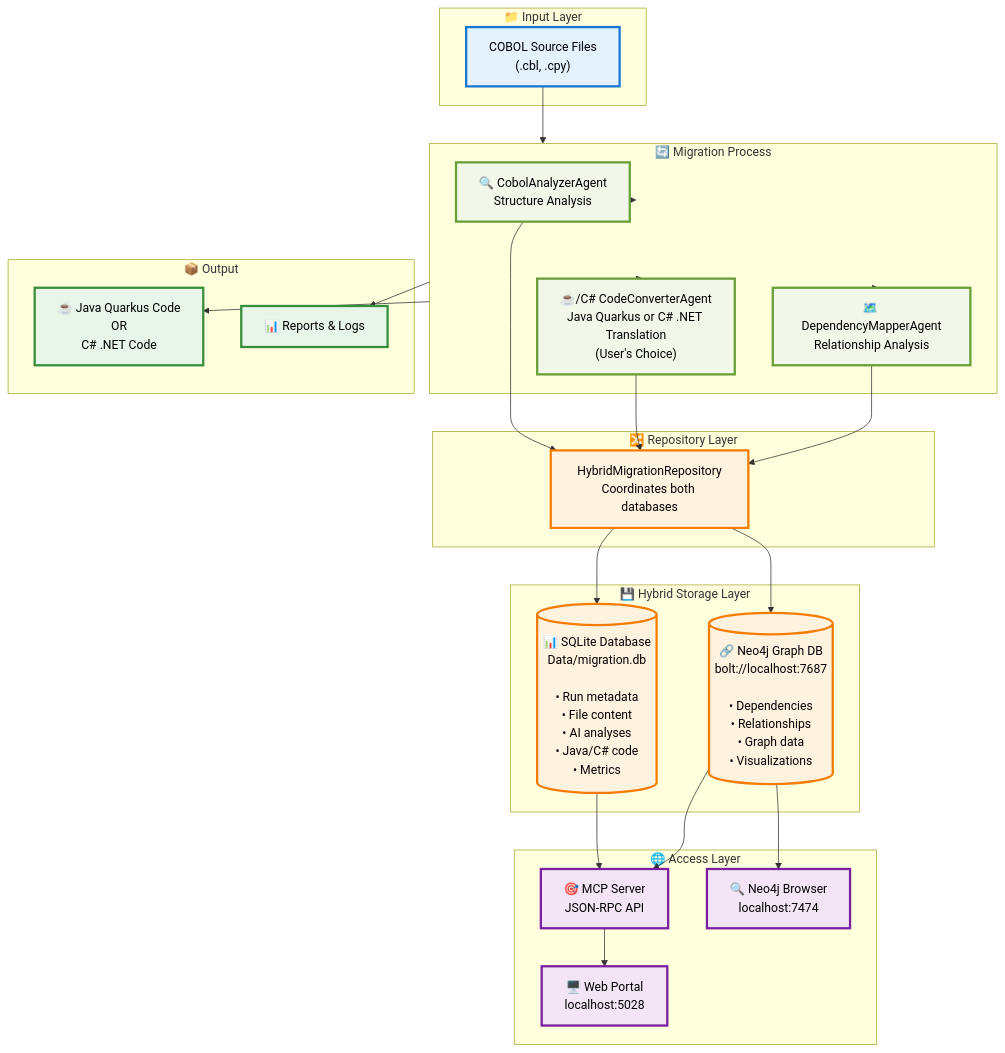
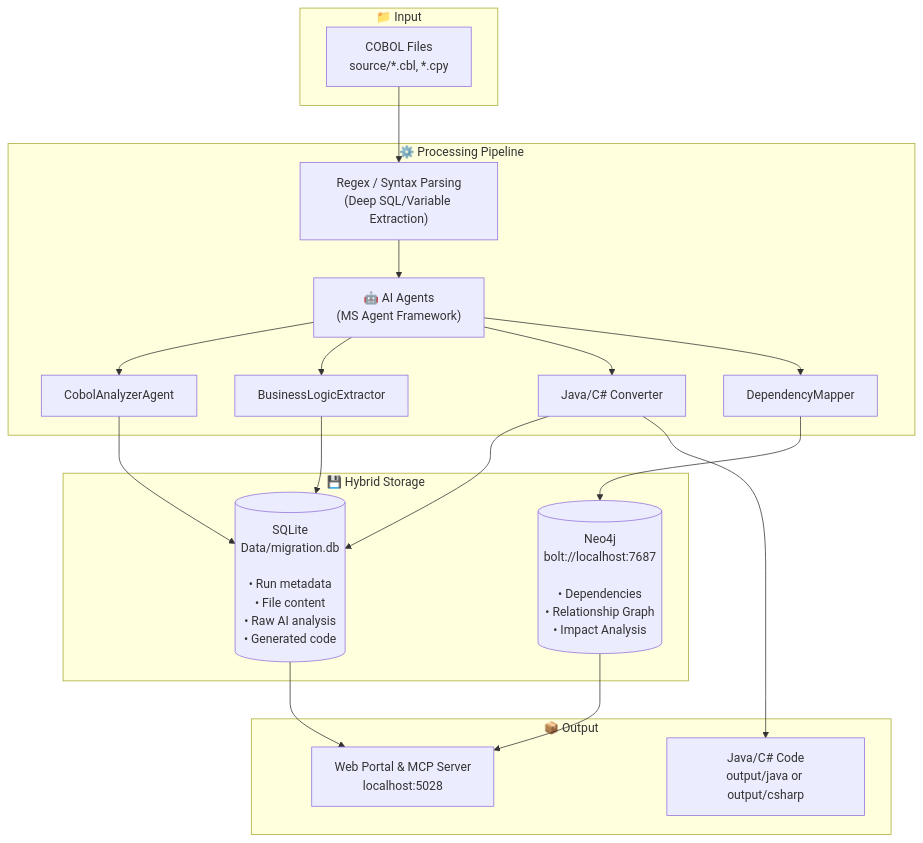
Before and after one commit to Azure-Samples/Legacy-Modernization-Agents: the first of 5 diagrams in README.md, drawn with Mermaid. The commit also changed other lines of this file and 97 other files, not shown here.

````diff
--- a/README.md
+++ b/README.md
@@ -690,65 +442,42 @@
 ```mermaid
 flowchart TB
-    subgraph INPUT["📁 Input Layer"]
-        COBOL["COBOL Source Files<br/>(.cbl, .cpy)"]
+    subgraph INPUT["📁 Input"]
+        COBOL["COBOL Files<br/>source/*.cbl, *.cpy"]
     end
     
-    subgraph PROCESS["🔄 Migration Process"]
-        ANALYZER["🔍 CobolAnalyzerAgent<br/>Structure Analysis"]
-        CONVERTER["☕/C# CodeConverterAgent<br/>Java Quarkus or C# .NET Translation<br/>(User's Choice)"]
-        MAPPER["🗺️ DependencyMapperAgent<br/>Relationship Analysis"]
+    subgraph PROCESS["⚙️ Processing Pipeline"]
+        REGEX["Regex / Syntax Parsing<br/>(Deep SQL/Variable Extraction)"]
+        AGENTS["🤖 AI Agents<br/>(MS Agent Framework)"]
+        ANALYZER["CobolAnalyzerAgent"]
+        EXTRACTOR["BusinessLogicExtractor"]
+        CONVERTER["Java/C# Converter"]
+        MAPPER["DependencyMapper"]
     end
     
-    subgraph STORAGE["💾 Hybrid Storage Layer"]
-        SQLITE[("📊 SQLite Database<br/>Data/migration.db<br/><br/>• Run metadata<br/>• File content<br/>• AI analyses<br/>• Java/C# code<br/>• Metrics")]
-        NEO4J[("🔗 Neo4j Graph DB<br/>bolt://localhost:7687<br/><br/>• Dependencies<br/>• Relationships<br/>• Graph data<br/>• Visualizations")]
-    end
-    
-    subgraph REPO["🔀 Repository Layer"]
-        HYBRID["HybridMigrationRepository<br/>Coordinates both databases"]
-    end
-    
-    subgraph ACCESS["🌐 Access Layer"]
-        MCP["🎯 MCP Server<br/>JSON-RPC API"]
-        PORTAL["🖥️ Web Portal<br/>localhost:5028"]
-        BROWSER["🔍 Neo4j Browser<br/>localhost:7474"]
+    subgraph STORAGE["💾 Hybrid Storage"]
+        SQLITE[("SQLite<br/>Data/migration.db<br/><br/>• Run metadata<br/>• File content<br/>• Raw AI analysis<br/>• Generated code")]
+        NEO4J[("Neo4j<br/>bolt://localhost:7687<br/><br/>• Dependencies<br/>• Relationship Graph<br/>• Impact Analysis")]
     end
     
     subgraph OUTPUT["📦 Output"]
-        JAVA["☕ Java Quarkus Code<br/>OR<br/>C# .NET Code"]
-        REPORTS["📊 Reports & Logs"]
+        CODE["Java/C# Code<br/>output/java or output/csharp"]
+        PORTAL["Web Portal & MCP Server<br/>localhost:5028"]
     end
     
-    COBOL --> PROCESS
-    PROCESS --> ANALYZER
-    PROCESS --> CONVERTER
-    PROCESS --> MAPPER
+    COBOL --> REGEX
+    REGEX --> AGENTS
     
-    ANALYZER --> HYBRID
-    CONVERTER --> HYBRID
-    MAPPER --> HYBRID
+    AGENTS --> ANALYZER
+    AGENTS --> EXTRACTOR
+    AGENTS --> CONVERTER
+    AGENTS --> MAPPER
     
-    HYBRID --> SQLITE
-    HYBRID --> NEO4J
+    ANALYZER --> SQLITE
+    EXTRACTOR --> SQLITE
+    CONVERTER --> SQLITE
+    CONVERTER --> CODE
+    MAPPER --> NEO4J
     
-    SQLITE --> MCP
-    NEO4J --> MCP
-    NEO4J --> BROWSER
-    
-    MCP --> PORTAL
-    
-    PROCESS --> JAVA
-    PROCESS --> REPORTS
-    
-    classDef inputStyle fill:#e3f2fd,stroke:#1976d2,stroke-width:3px,color:#000
-    classDef processStyle fill:#f1f8e9,stroke:#689f38,stroke-width:3px,color:#000
-    classDef storageStyle fill:#fff3e0,stroke:#f57c00,stroke-width:3px,color:#000
-    classDef accessStyle fill:#f3e5f5,stroke:#7b1fa2,stroke-width:3px,color:#000
-    classDef outputStyle fill:#e8f5e9,stroke:#388e3c,stroke-width:3px,color:#000
-    
-    class COBOL inputStyle
-    class ANALYZER,CONVERTER,MAPPER processStyle
-    class SQLITE,NEO4J,HYBRID storageStyle
-    class MCP,PORTAL,BROWSER accessStyle
-    class JAVA,REPORTS outputStyle
+    SQLITE --> PORTAL
+    NEO4J --> PORTAL
 ```
````
